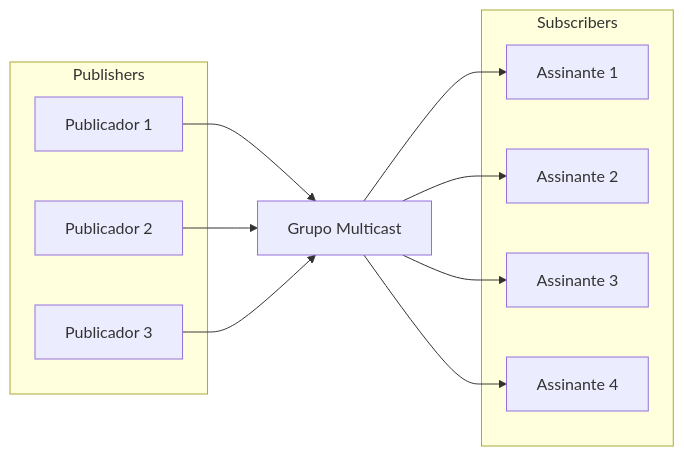
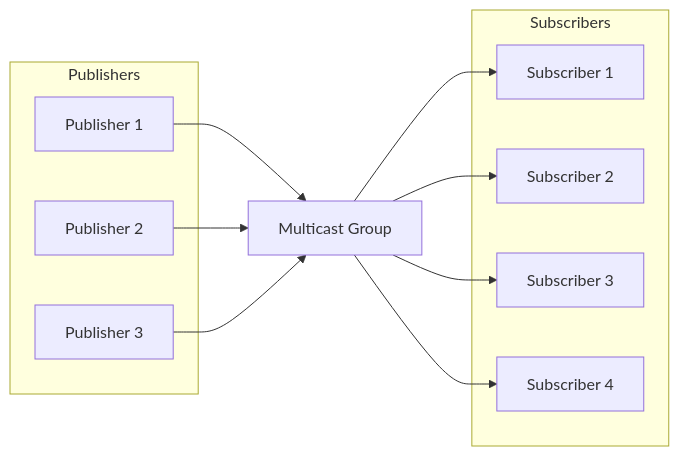
The diagram in docs/multicast-admin.pt.md (malbeclabs/docs), drawn with Mermaid before and after one commit. The commit also changed other lines of this file and 160 other files, not shown here.

````diff
--- a/docs/multicast-admin.pt.md
+++ b/docs/multicast-admin.pt.md
@@ -12,21 +9,21 @@
 ```mermaid
 flowchart LR
     subgraph Publishers
-        P1[Publicador 1]
-        P2[Publicador 2]
-        P3[Publicador 3]
+        P1[Publisher 1]
+        P2[Publisher 2]
+        P3[Publisher 3]
     end
     subgraph Subscribers
-        S1[Assinante 1]
-        S2[Assinante 2]
-        S3[Assinante 3]
-        S4[Assinante 4]
+        S1[Subscriber 1]
+        S2[Subscriber 2]
+        S3[Subscriber 3]
+        S4[Subscriber 4]
     end
-    P1 --> B[Grupo Multicast]
+    P1 --> B[Multicast Group]
     P2 --> B
     P3 --> B
     B --> S1
     B --> S2
     B --> S3
     B --> S4
 ```
````
